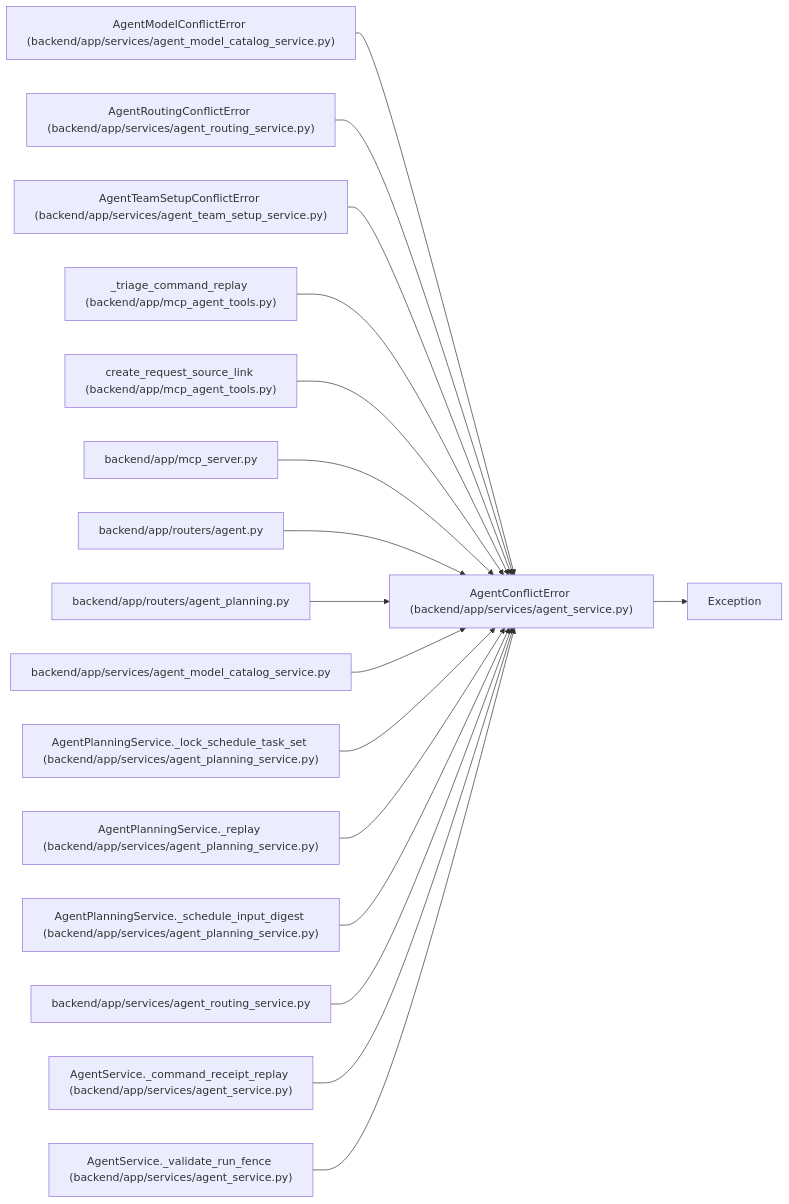
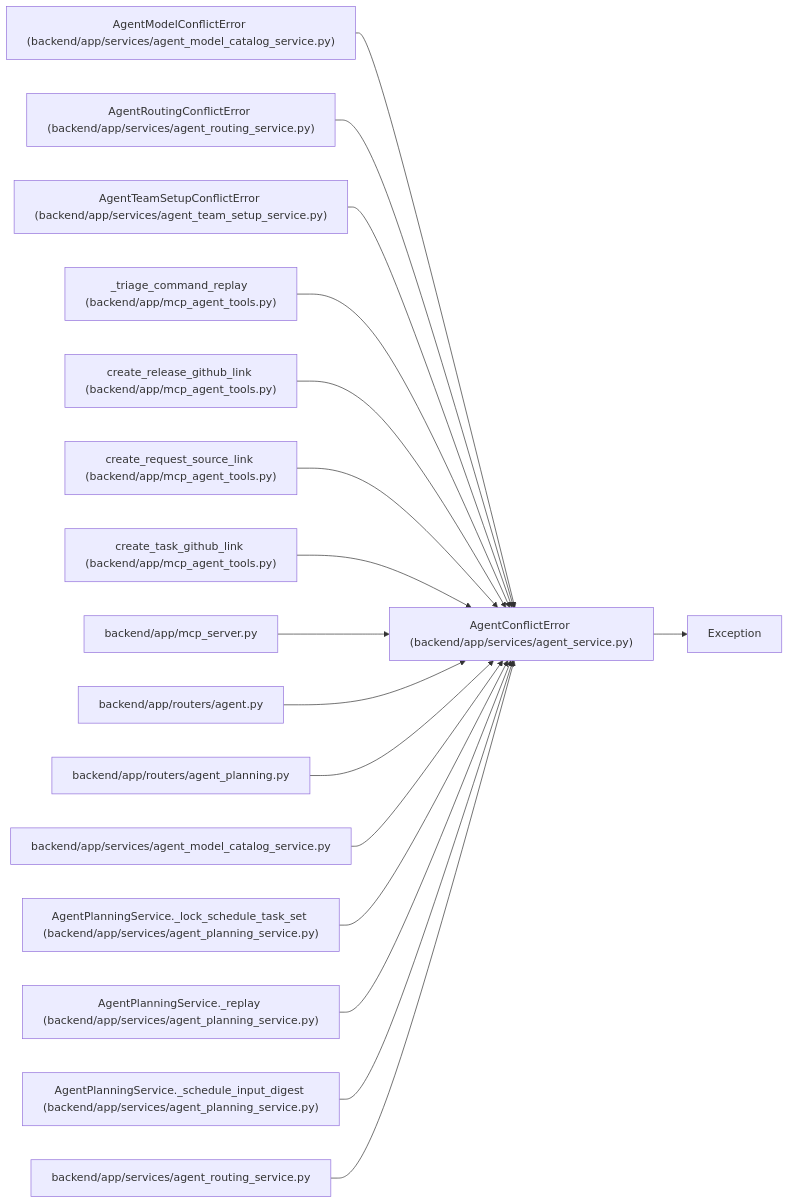
Before and after one commit to Denissvgn/WorkChord: the diagram in docs/llm_wiki/entities/AgentConflictError.md, drawn with Mermaid. The commit also changed other lines of this file and 2373 other files, not shown here.

````diff
--- a/docs/llm_wiki/entities/AgentConflictError.md
+++ b/docs/llm_wiki/entities/AgentConflictError.md
@@ -23,52 +23,52 @@
 ```mermaid
 flowchart LR
     n0["AgentConflictError (backend/app/services/agent_service.py)"]
     n1["Exception"]
     n2["AgentModelConflictError (backend/app/services/agent_model_catalog_service.py)"]
     n3["AgentRoutingConflictError (backend/app/services/agent_routing_service.py)"]
     n4["AgentTeamSetupConflictError (backend/app/services/agent_team_setup_service.py)"]
     n5["_triage_command_replay (backend/app/mcp_agent_tools.py)"]
-    n6["create_request_source_link (backend/app/mcp_agent_tools.py)"]
-    n7["backend/app/mcp_server.py"]
-    n8["backend/app/routers/agent.py"]
-    n9["backend/app/routers/agent_planning.py"]
-    n10["backend/app/services/agent_model_catalog_service.py"]
-    n11["AgentPlanningService._lock_schedule_task_set (backend/app/services/agent_planning_service.py)"]
-    n12["AgentPlanningService._replay (backend/app/services/agent_planning_service.py)"]
-    n13["AgentPlanningService._schedule_input_digest (backend/app/services/agent_planning_service.py)"]
-    n14["backend/app/services/agent_routing_service.py"]
-    n15["AgentService._command_receipt_replay (backend/app/services/agent_service.py)"]
-    n16["AgentService._validate_run_fence (backend/app/services/agent_service.py)"]
+    n6["create_release_github_link (backend/app/mcp_agent_tools.py)"]
+    n7["create_request_source_link (backend/app/mcp_agent_tools.py)"]
+    n8["create_task_github_link (backend/app/mcp_agent_tools.py)"]
+    n9["backend/app/mcp_server.py"]
+    n10["backend/app/routers/agent.py"]
+    n11["backend/app/routers/agent_planning.py"]
+    n12["backend/app/services/agent_model_catalog_service.py"]
+    n13["AgentPlanningService._lock_schedule_task_set (backend/app/services/agent_planning_service.py)"]
+    n14["AgentPlanningService._replay (backend/app/services/agent_planning_service.py)"]
+    n15["AgentPlanningService._schedule_input_digest (backend/app/services/agent_planning_service.py)"]
+    n16["backend/app/services/agent_routing_service.py"]
     n0 --> n1
     n2 --> n0
     n3 --> n0
     n4 --> n0
     n5 --> n0
     n6 --> n0
     n7 --> n0
     n8 --> n0
     n9 --> n0
     n10 --> n0
     n11 --> n0
     n12 --> n0
     n13 --> n0
     n14 --> n0
     n15 --> n0
     n16 --> n0
     click n0 "../modules/agent_service.md"
     click n2 "../modules/agent_model_catalog_service.md"
     click n3 "../modules/agent_routing_service.md"
     click n4 "../modules/agent_team_setup_service.md"
     click n5 "../modules/mcp_agent_tools.md"
     click n6 "../modules/mcp_agent_tools.md"
-    click n7 "../modules/mcp_server.md"
-    click n8 "../modules/routers_agent.md"
-    click n9 "../modules/routers_agent_planning.md"
-    click n10 "../modules/agent_model_catalog_service.md"
-    click n11 "../modules/agent_planning_service.md"
-    click n12 "../modules/agent_planning_service.md"
+    click n7 "../modules/mcp_agent_tools.md"
+    click n8 "../modules/mcp_agent_tools.md"
+    click n9 "../modules/mcp_server.md"
+    click n10 "../modules/routers_agent.md"
+    click n11 "../modules/routers_agent_planning.md"
+    click n12 "../modules/agent_model_catalog_service.md"
     click n13 "../modules/agent_planning_service.md"
-    click n14 "../modules/agent_routing_service.md"
-    click n15 "../modules/agent_service.md"
-    click n16 "../modules/agent_service.md"
+    click n14 "../modules/agent_planning_service.md"
+    click n15 "../modules/agent_planning_service.md"
+    click n16 "../modules/agent_routing_service.md"
 ```
````
